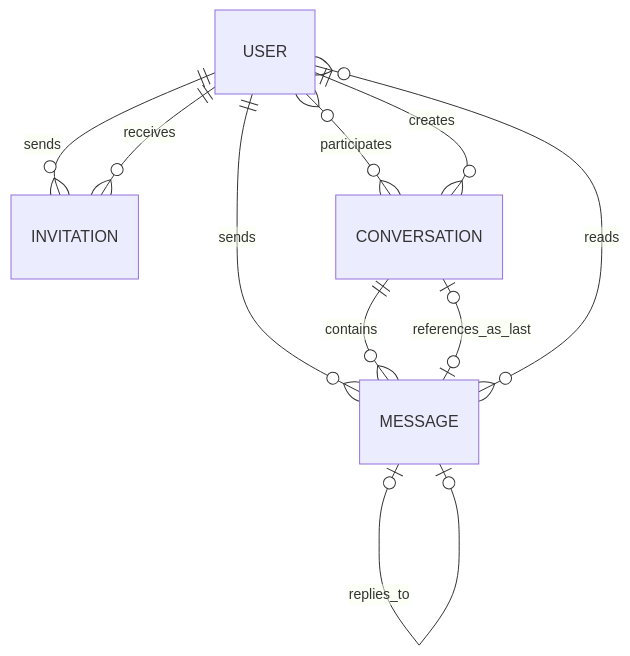
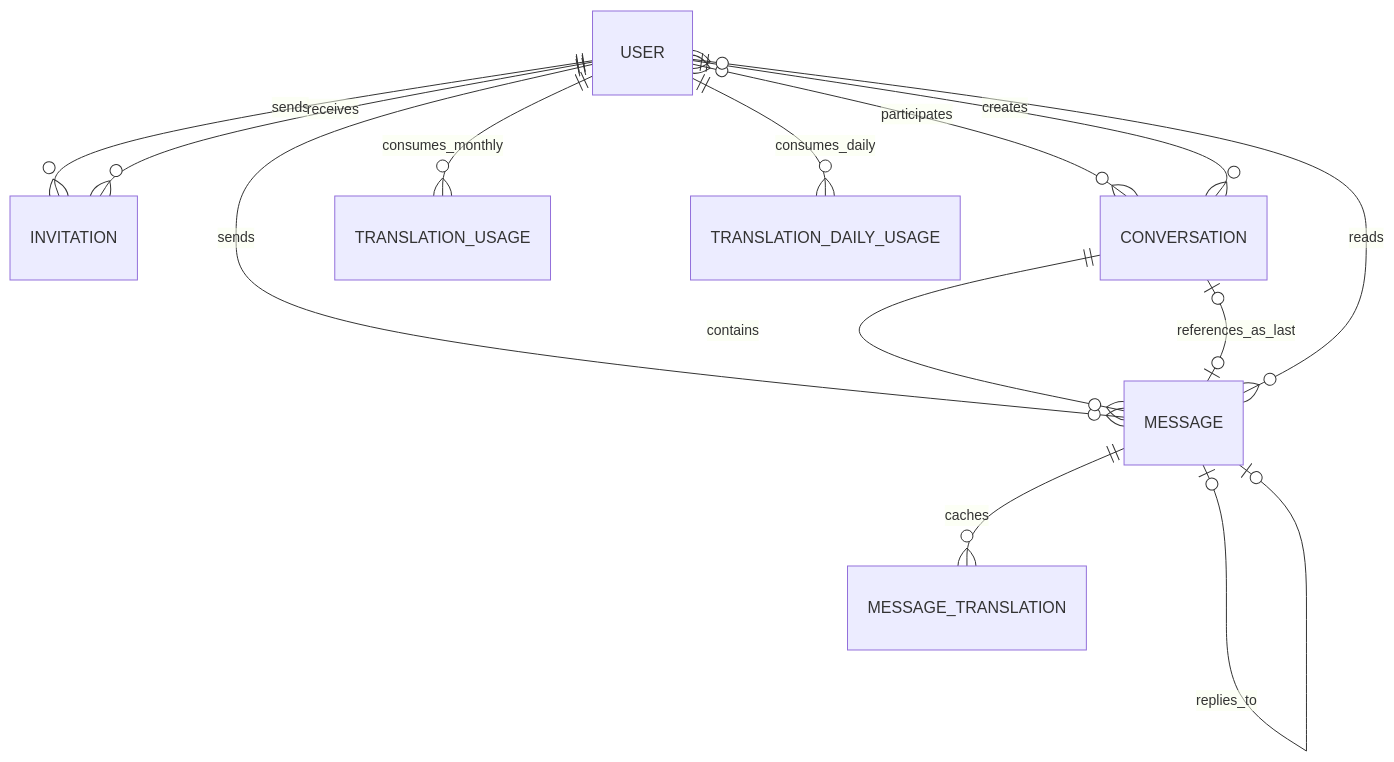
One commit to Saurav11343/click-chat changed the first of 2 diagrams in docs/03-data-model.md. Above: the diagram before and after it, drawn with Mermaid. The commit also changed other lines of this file and 11 other files, not shown here.

Commit message:
update diagrams

````diff
--- a/docs/03-data-model.md
+++ b/docs/03-data-model.md
@@ -5,12 +5,15 @@
 ```mermaid
 erDiagram
     USER ||--o{ INVITATION : sends
     USER ||--o{ INVITATION : receives
     USER }o--o{ CONVERSATION : participates
     USER ||--o{ CONVERSATION : creates
     USER ||--o{ MESSAGE : sends
     CONVERSATION ||--o{ MESSAGE : contains
     CONVERSATION o|--o| MESSAGE : references_as_last
     MESSAGE o|--o| MESSAGE : replies_to
     USER }o--o{ MESSAGE : reads
+    MESSAGE ||--o{ MESSAGE_TRANSLATION : caches
+    USER ||--o{ TRANSLATION_USAGE : consumes_monthly
+    USER ||--o{ TRANSLATION_DAILY_USAGE : consumes_daily
 ```
````
